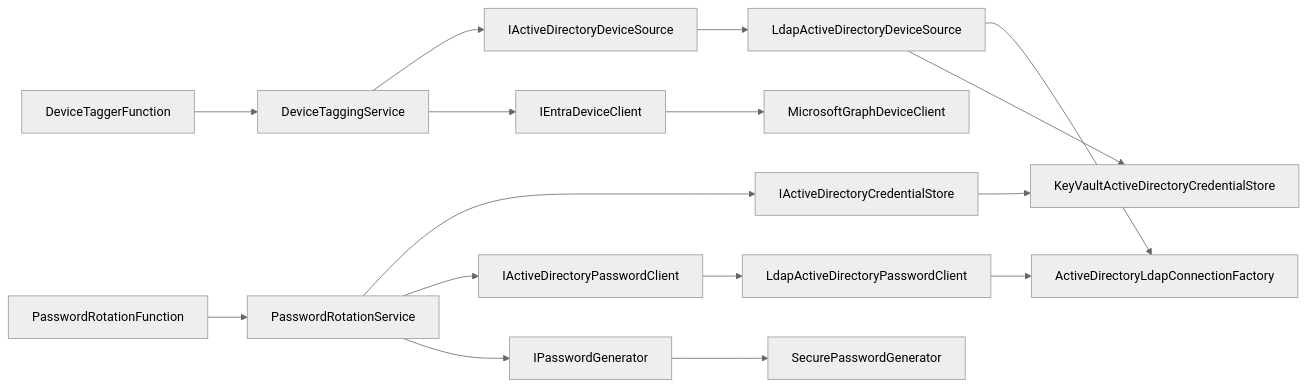
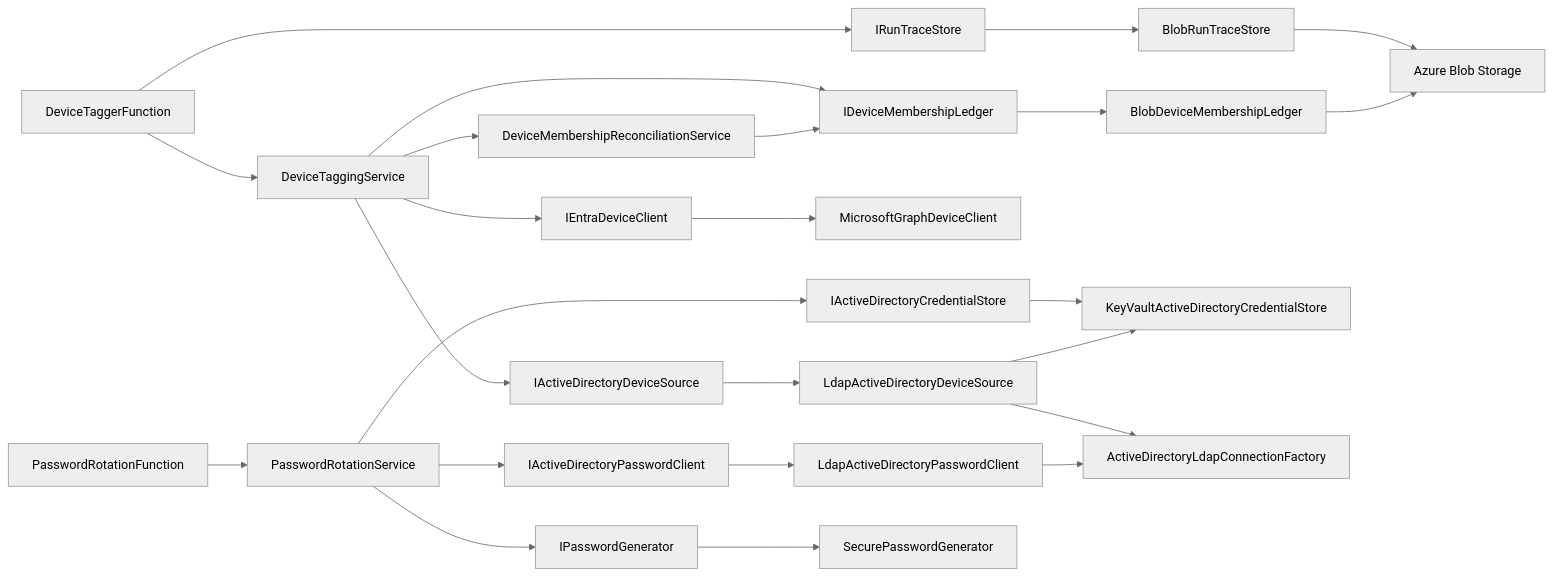
One commit to Kili69/HybridDeviceTagger changed the first of 3 diagrams in CODE_DOCUMENTATION.md. Above: the diagram before and after it, drawn with Mermaid (neutral theme). The commit also changed other lines of this file and 48 other files, not shown here.

````diff
--- a/CODE_DOCUMENTATION.md
+++ b/CODE_DOCUMENTATION.md
@@ -14,20 +14,28 @@
 ```mermaid
 flowchart LR
     DT[DeviceTaggerFunction] --> DTS[DeviceTaggingService]
+    DT --> RTS[IRunTraceStore]
+    RTS --> BRT[BlobRunTraceStore]
     DTS --> ADS[IActiveDirectoryDeviceSource]
     ADS --> LDAP[LdapActiveDirectoryDeviceSource]
     DTS --> EDC[IEntraDeviceClient]
     EDC --> GRAPH[MicrosoftGraphDeviceClient]
+    DTS --> DMR[DeviceMembershipReconciliationService]
+    DTS --> DML[IDeviceMembershipLedger]
+    DMR --> DML
+    DML --> BDML[BlobDeviceMembershipLedger]
 
     RT[PasswordRotationFunction] --> PRS[PasswordRotationService]
     PRS --> CS[IActiveDirectoryCredentialStore]
     CS --> KV[KeyVaultActiveDirectoryCredentialStore]
     PRS --> PC[IActiveDirectoryPasswordClient]
     PC --> LPC[LdapActiveDirectoryPasswordClient]
     PRS --> PG[IPasswordGenerator]
     PG --> SPG[SecurePasswordGenerator]
 
     LDAP --> LCF[ActiveDirectoryLdapConnectionFactory]
     LPC --> LCF
     LDAP --> KV
+    BRT --> BLOB[Azure Blob Storage]
+    BDML --> BLOB
 ```
````
